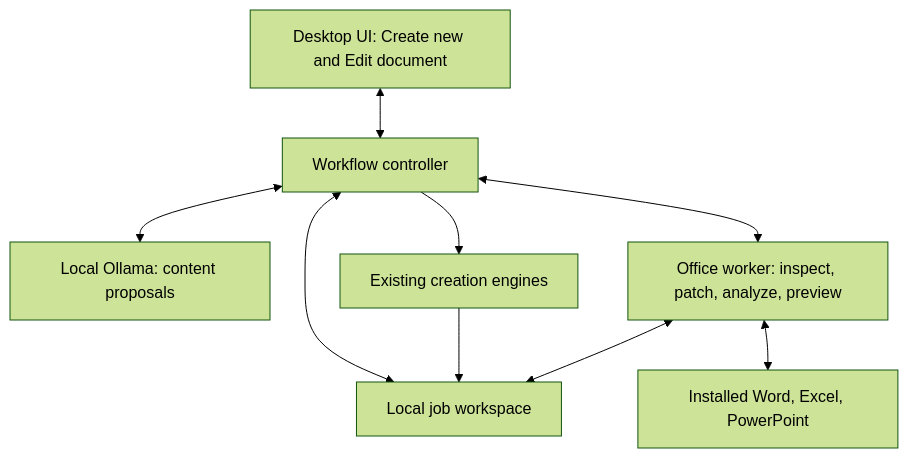
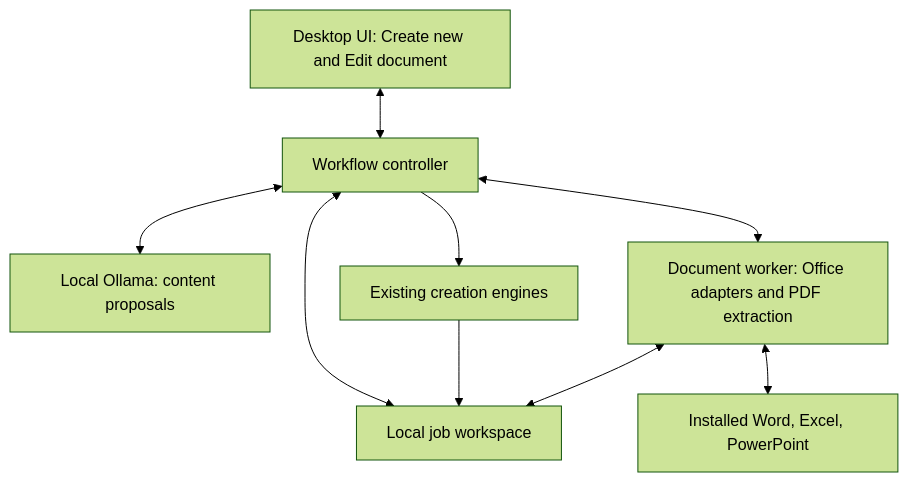
One commit to alexnosx/Simplicitor changed the diagram in docs/superpowers/specs/2026-10-08-document-architecture-design.md. Above: the diagram before and after it, drawn with Mermaid (forest theme). The commit also changed other lines of this file and 7 other files, not shown here.

Commit message:
docs: add Word and PDF extraction into Excel

````diff
--- a/docs/superpowers/specs/2026-10-08-document-architecture-design.md
+++ b/docs/superpowers/specs/2026-10-08-document-architecture-design.md
@@ -23,11 +23,11 @@
 ```mermaid
 flowchart TD
     UI[Desktop UI: Create new and Edit document] <--> FLOW[Workflow controller]
     FLOW <--> AI[Local Ollama: content proposals]
     FLOW --> CREATE[Existing creation engines]
-    FLOW <--> OFFICE[Office worker: inspect, patch, analyze, preview]
+    FLOW <--> OFFICE[Document worker: Office adapters and PDF extraction]
     OFFICE <--> MS[Installed Word, Excel, PowerPoint]
     FLOW <--> FILES[Local job workspace]
     CREATE --> FILES
     OFFICE <--> FILES
 ```
````
